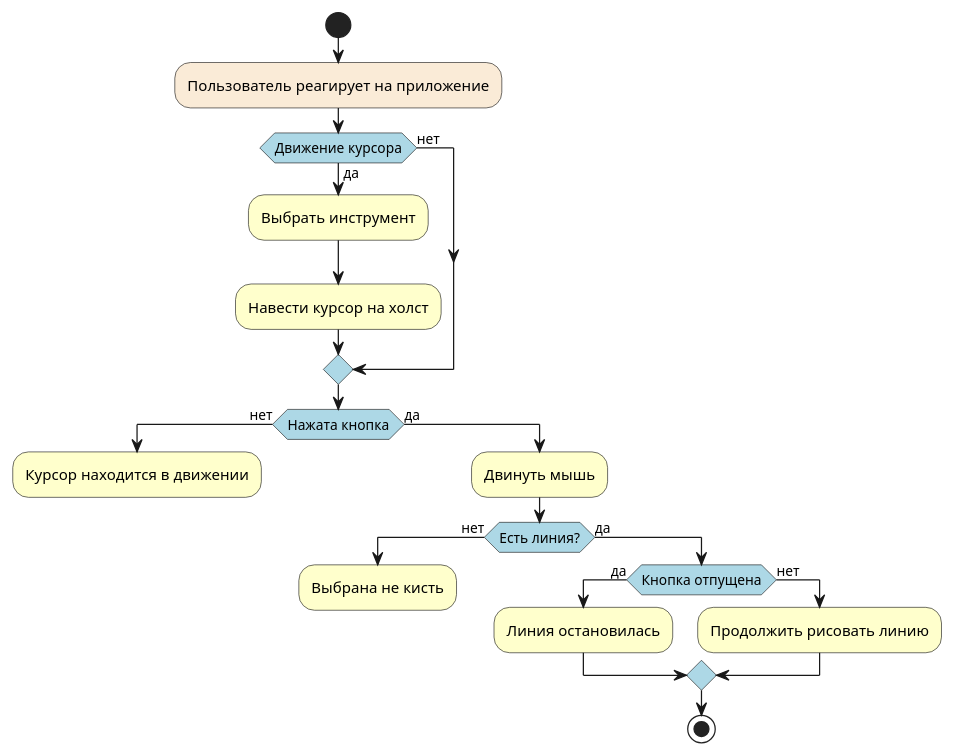
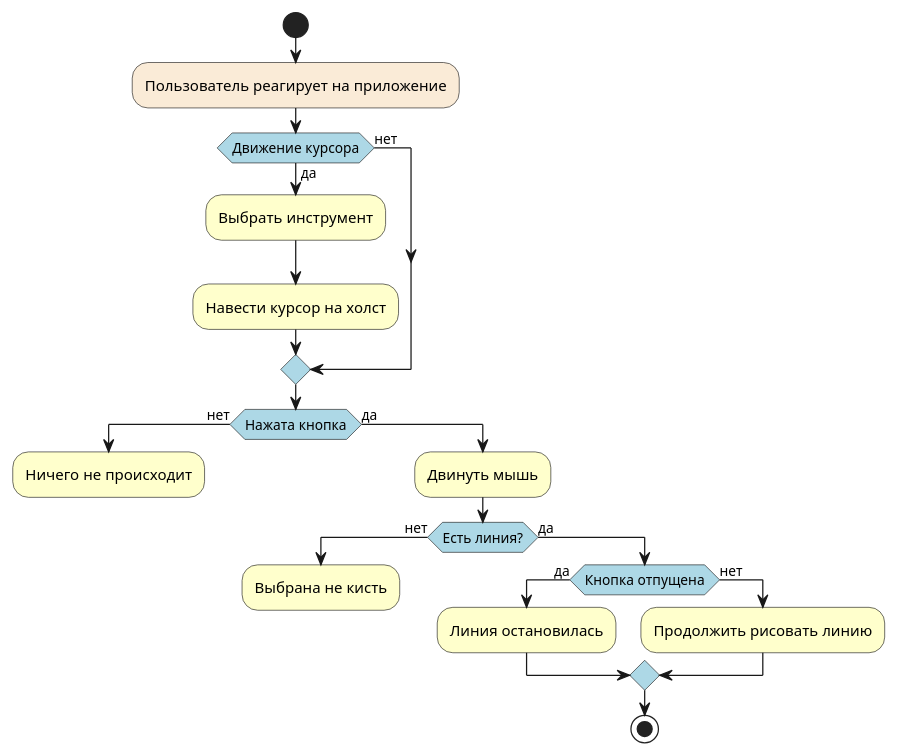
The diagram in diagrams/activity2.puml (UnVeh/reposit), drawn with PlantUML before and after one commit.

```diff
--- a/diagrams/activity2.puml
+++ b/diagrams/activity2.puml
@@ -1,30 +1,30 @@
 @startuml
 skinparam activity {
     DiamondBackgroundColor LightBlue
 }
 start
 #AntiqueWhite:Пользователь реагирует на приложение;
 if (Движение курсора) then (да)
 #Business:Выбрать инструмент;
 #Business:Навести курсор на холст;
 else (нет)
 endif
     if (Нажата кнопка) then (нет)
-    #Business:Курсор находится в движении;
+    #Business:Ничего не происходит;
     kill
     else (да)
     #Business:Двинуть мышь;
         if (Есть линия?) then (нет)
         #Business:Выбрана не кисть;
         kill
 
         else (да)
 
         if (Кнопка отпущена) then (да)
         #Business:Линия остановилась;
         else (нет)
         #Business:Продолжить рисовать линию;
 
 endif
 stop
 @enduml
```
